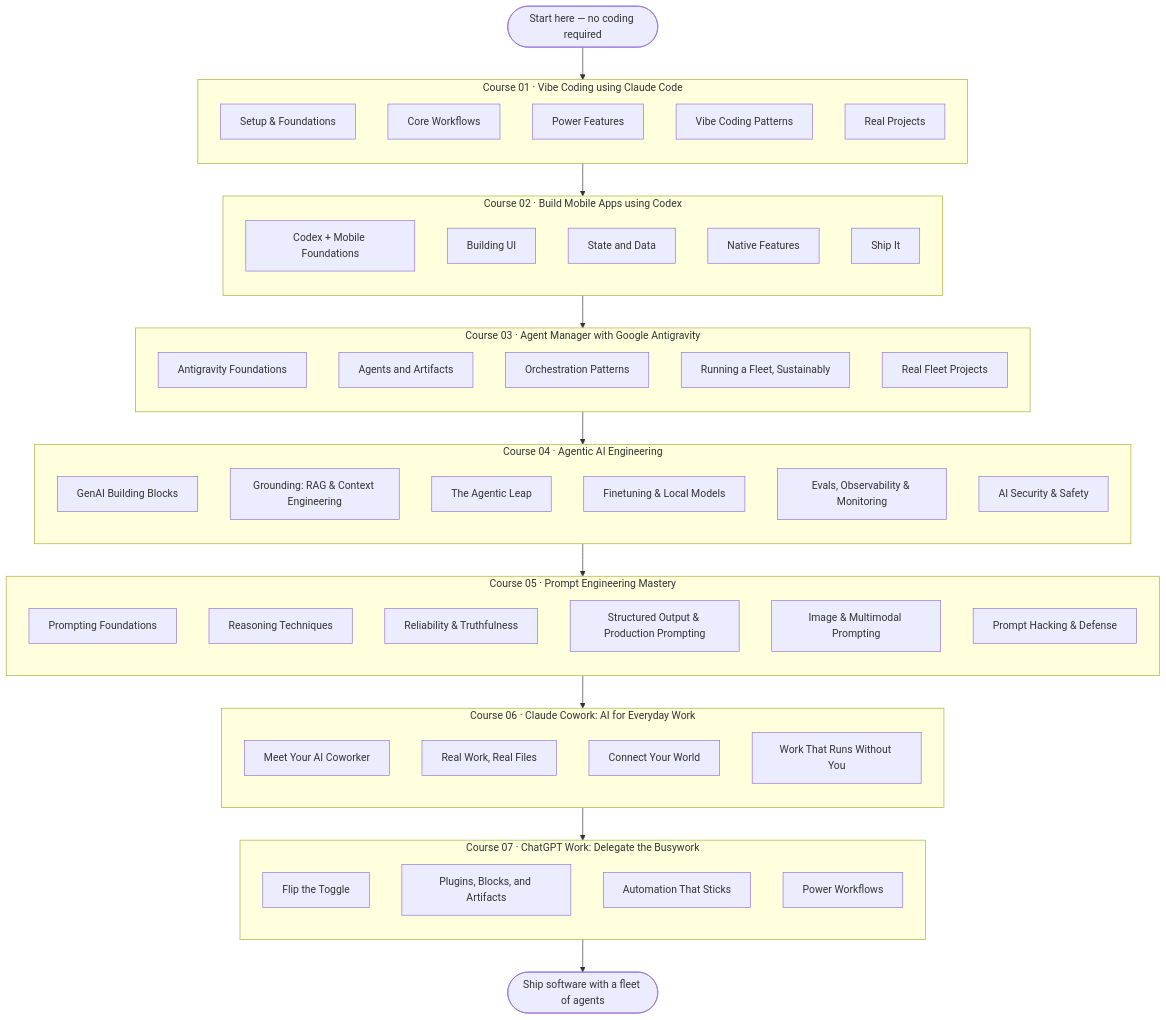
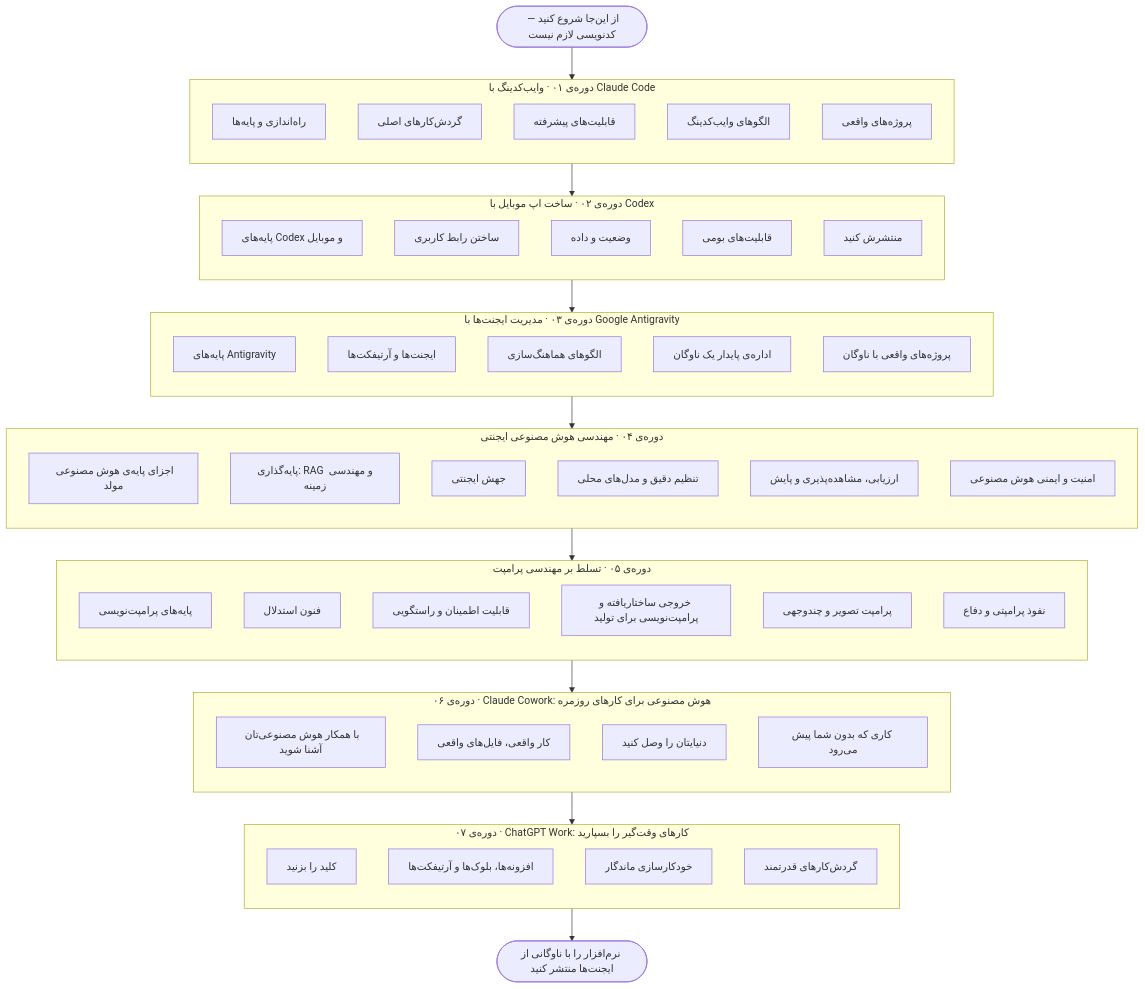
Before and after one commit to citoreh/vibecodeschool-fa: the diagram in roadmap/README.md, drawn with Mermaid. The commit also changed other lines of this file and 13 other files, not shown here.

First line of the commit message:
Persian translation (phase 1): README, roadmap, course outlines, awesome list, CONTRIBUTING

````diff
--- a/roadmap/README.md
+++ b/roadmap/README.md
@@ -11,67 +19,67 @@
 ```mermaid
 flowchart TD
-    A(["Start here — no coding required"]) --> C1
-    subgraph C1["Course 01 · Vibe Coding using Claude Code"]
+    A(["از این‌جا شروع کنید — کدنویسی لازم نیست"]) --> C1
+    subgraph C1["دوره‌ی ۰۱ · وایب‌کدینگ با Claude Code"]
         direction TB
-        C1M1["Setup & Foundations"]
-        C1M2["Core Workflows"]
-        C1M3["Power Features"]
-        C1M4["Vibe Coding Patterns"]
-        C1M5["Real Projects"]
+        C1M1["راه‌اندازی و پایه‌ها"]
+        C1M2["گردش‌کارهای اصلی"]
+        C1M3["قابلیت‌های پیشرفته"]
+        C1M4["الگوهای وایب‌کدینگ"]
+        C1M5["پروژه‌های واقعی"]
     end
     C1 --> C2
-    subgraph C2["Course 02 · Build Mobile Apps using Codex"]
+    subgraph C2["دوره‌ی ۰۲ · ساخت اپ موبایل با Codex"]
         direction TB
-        C2M1["Codex + Mobile Foundations"]
-        C2M2["Building UI"]
-        C2M3["State and Data"]
-        C2M4["Native Features"]
-        C2M5["Ship It"]
+        C2M1["پایه‌های Codex و موبایل"]
+        C2M2["ساختن رابط کاربری"]
+        C2M3["وضعیت و داده"]
+        C2M4["قابلیت‌های بومی"]
+        C2M5["منتشرش کنید"]
     end
     C2 --> C3
-    subgraph C3["Course 03 · Agent Manager with Google Antigravity"]
+    subgraph C3["دوره‌ی ۰۳ · مدیریت ایجنت‌ها با Google Antigravity"]
         direction TB
-        C3M1["Antigravity Foundations"]
-        C3M2["Agents and Artifacts"]
-        C3M3["Orchestration Patterns"]
-        C3M4["Running a Fleet, Sustainably"]
-        C3M5["Real Fleet Projects"]
+        C3M1["پایه‌های Antigravity"]
+        C3M2["ایجنت‌ها و آرتیفکت‌ها"]
+        C3M3["الگوهای هماهنگ‌سازی"]
+        C3M4["اداره‌ی پایدار یک ناوگان"]
+        C3M5["پروژه‌های واقعی با ناوگان"]
     end
     C3 --> C4
-    subgraph C4["Course 04 · Agentic AI Engineering"]
+    subgraph C4["دوره‌ی ۰۴ · مهندسی هوش مصنوعی ایجنتی"]
         direction TB
-        C4M1["GenAI Building Blocks"]
-        C4M2["Grounding: RAG & Context Engineering"]
-        C4M3["The Agentic Leap"]
-        C4M4["Finetuning & Local Models"]
-        C4M5["Evals, Observability & Monitoring"]
-        C4M6["AI Security & Safety"]
+        C4M1["اجزای پایه‌ی هوش مصنوعی مولد"]
+        C4M2["پایه‌گذاری: RAG و مهندسی زمینه"]
+        C4M3["جهش ایجنتی"]
+        C4M4["تنظیم دقیق و مدل‌های محلی"]
+        C4M5["ارزیابی، مشاهده‌پذیری و پایش"]
+        C4M6["امنیت و ایمنی هوش مصنوعی"]
     end
     C4 --> C5
-    subgraph C5["Course 05 · Prompt Engineering Mastery"]
+    subgraph C5["دوره‌ی ۰۵ · تسلط بر مهندسی پرامپت"]
         direction TB
-        C5M1["Prompting Foundations"]
-        C5M2["Reasoning Techniques"]
-        C5M3["Reliability & Truthfulness"]
-        C5M4["Structured Output & Production Prompting"]
-        C5M5["Image & Multimodal Prompting"]
-        C5M6["Prompt Hacking & Defense"]
+        C5M1["پایه‌های پرامپت‌نویسی"]
+        C5M2["فنون استدلال"]
+        C5M3["قابلیت اطمینان و راستگویی"]
+        C5M4["خروجی ساختاریافته و پرامپت‌نویسی برای تولید"]
+        C5M5["پرامپت تصویر و چندوجهی"]
+        C5M6["نفوذ پرامپتی و دفاع"]
     end
     C5 --> C6
-    subgraph C6["Course 06 · Claude Cowork: AI for Everyday Work"]
+    subgraph C6["دوره‌ی ۰۶ · Claude Cowork: هوش مصنوعی برای کارهای روزمره"]
         direction TB
-        C6M1["Meet Your AI Coworker"]
-        C6M2["Real Work, Real Files"]
-        C6M3["Connect Your World"]
-        C6M4["Work That Runs Without You"]
+        C6M1["با همکار هوش مصنوعی‌تان آشنا شوید"]
+        C6M2["کار واقعی، فایل‌های واقعی"]
+        C6M3["دنیایتان را وصل کنید"]
+        C6M4["کاری که بدون شما پیش می‌رود"]
     end
     C6 --> C7
-    subgraph C7["Course 07 · ChatGPT Work: Delegate the Busywork"]
+    subgraph C7["دوره‌ی ۰۷ · ChatGPT Work: کارهای وقت‌گیر را بسپارید"]
         direction TB
-        C7M1["Flip the Toggle"]
-        C7M2["Plugins, Blocks, and Artifacts"]
-        C7M3["Automation That Sticks"]
-        C7M4["Power Workflows"]
+        C7M1["کلید را بزنید"]
+        C7M2["افزونه‌ها، بلوک‌ها و آرتیفکت‌ها"]
+        C7M3["خودکارسازی ماندگار"]
+        C7M4["گردش‌کارهای قدرتمند"]
     end
-    C7 --> Z(["Ship software with a fleet of agents"])
+    C7 --> Z(["نرم‌افزار را با ناوگانی از ایجنت‌ها منتشر کنید"])
 ```
````
